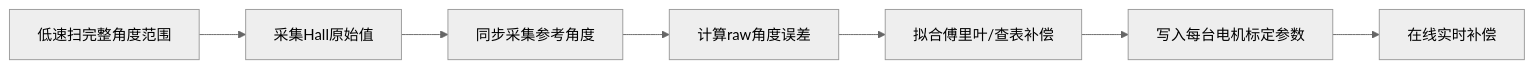
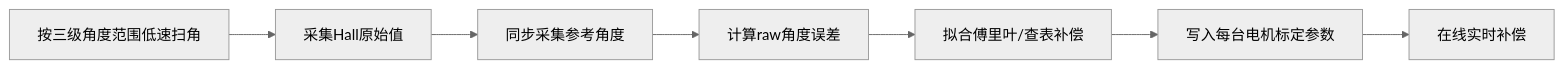
Before and after one commit to Ciri-07/Project-of-a-multi-axis-handheld-gimbal-based-on-BLDC-and-piezoelectric-motors: the second of 3 diagrams in docs/双线性霍尔位置检测方案规划与学习路线.md, drawn with Mermaid (neutral theme). The commit also changed other lines of this file, not shown here.

````diff
--- a/docs/双线性霍尔位置检测方案规划与学习路线.md
+++ b/docs/双线性霍尔位置检测方案规划与学习路线.md
@@ -216,9 +255,9 @@
 ```mermaid
 flowchart LR
-    A[低速扫完整角度范围] --> B[采集Hall原始值]
+    A[按三级角度范围低速扫角] --> B[采集Hall原始值]
     B --> C[同步采集参考角度]
     C --> D[计算raw角度误差]
     D --> E[拟合傅里叶/查表补偿]
     E --> F[写入每台电机标定参数]
     F --> G[在线实时补偿]
 ```
````
